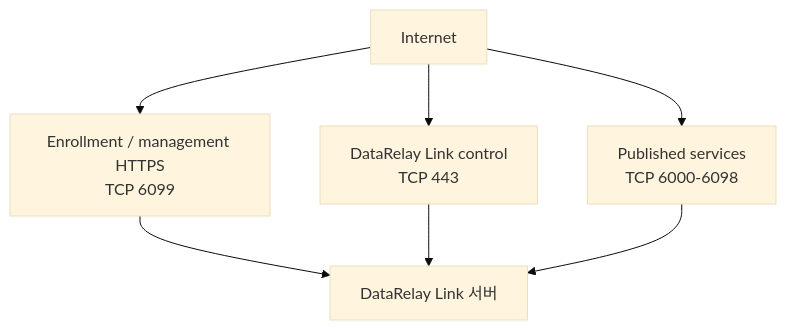
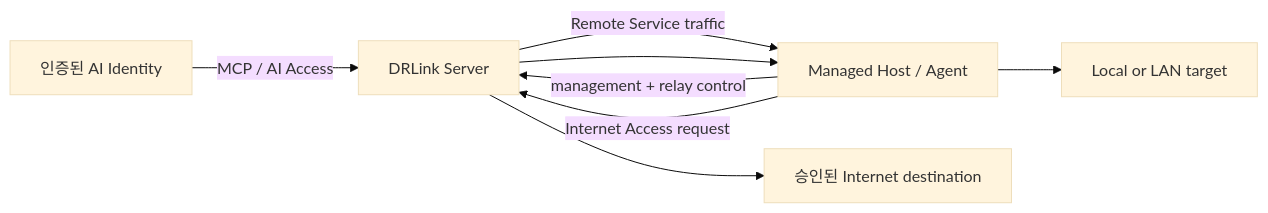
One commit to datarelay-labs/datarelay-link-docs changed the diagram in ko/reference/architecture.mdx. Above: the diagram before and after it, drawn with Mermaid (base theme). The commit also changed other lines of this file and 72 other files, not shown here.

````diff
--- a/ko/reference/architecture.mdx
+++ b/ko/reference/architecture.mdx
@@ -46,12 +12,16 @@
 ```mermaid
-flowchart TB
-    I[Internet]
-    A[Enrollment / management HTTPS\nTCP 6099]
-    C[DataRelay Link control\nTCP 443]
-    P[Published services\nTCP 6000-6098]
-    S[DataRelay Link 서버]
+flowchart LR
+    S[DRLink Server]
+    A[Managed Host / Agent]
+    T[Local or LAN target]
+    I[승인된 Internet destination]
+    AI[인증된 AI Identity]
 
-    I --> A --> S
-    I --> C --> S
-    I --> P --> S
+    A -->|management + relay control| S
+    S -->|Remote Service traffic| A
+    A --> T
+    A -->|Internet Access request| S
+    S --> I
+    AI -->|MCP / AI Access| S
+    S --> A
 ```
````
